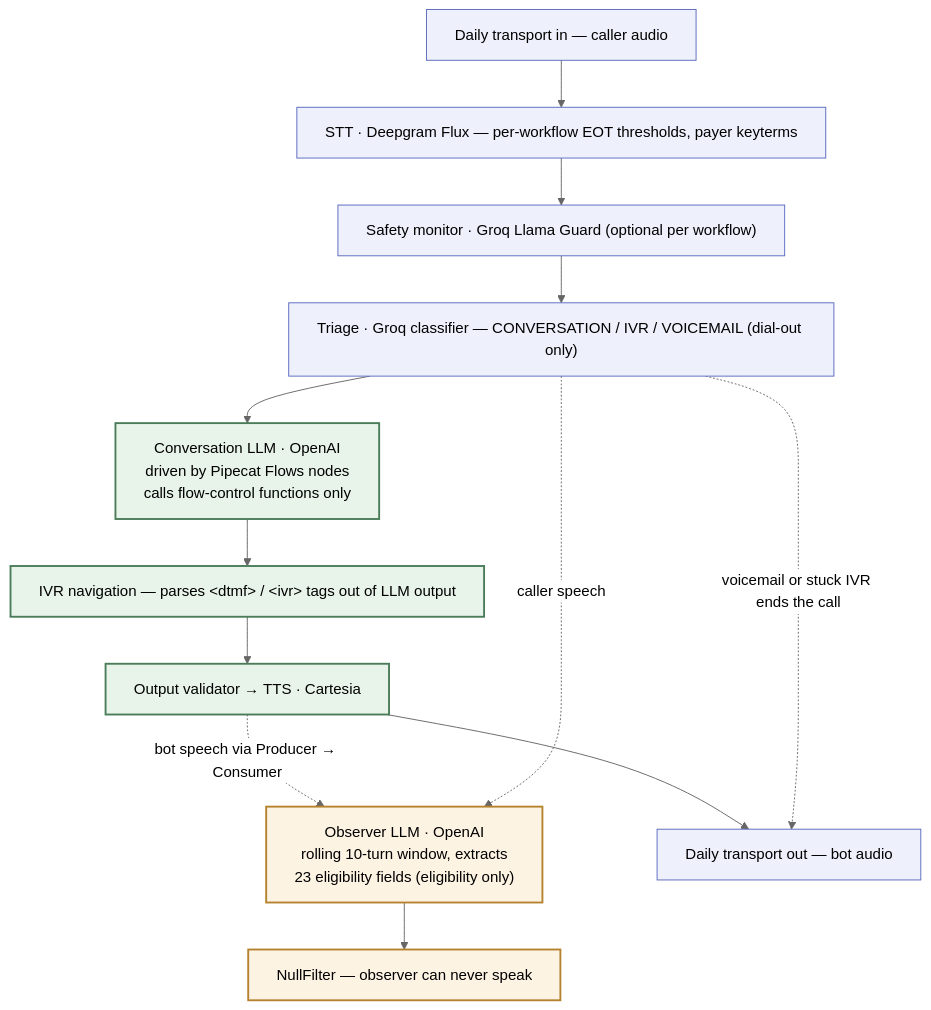
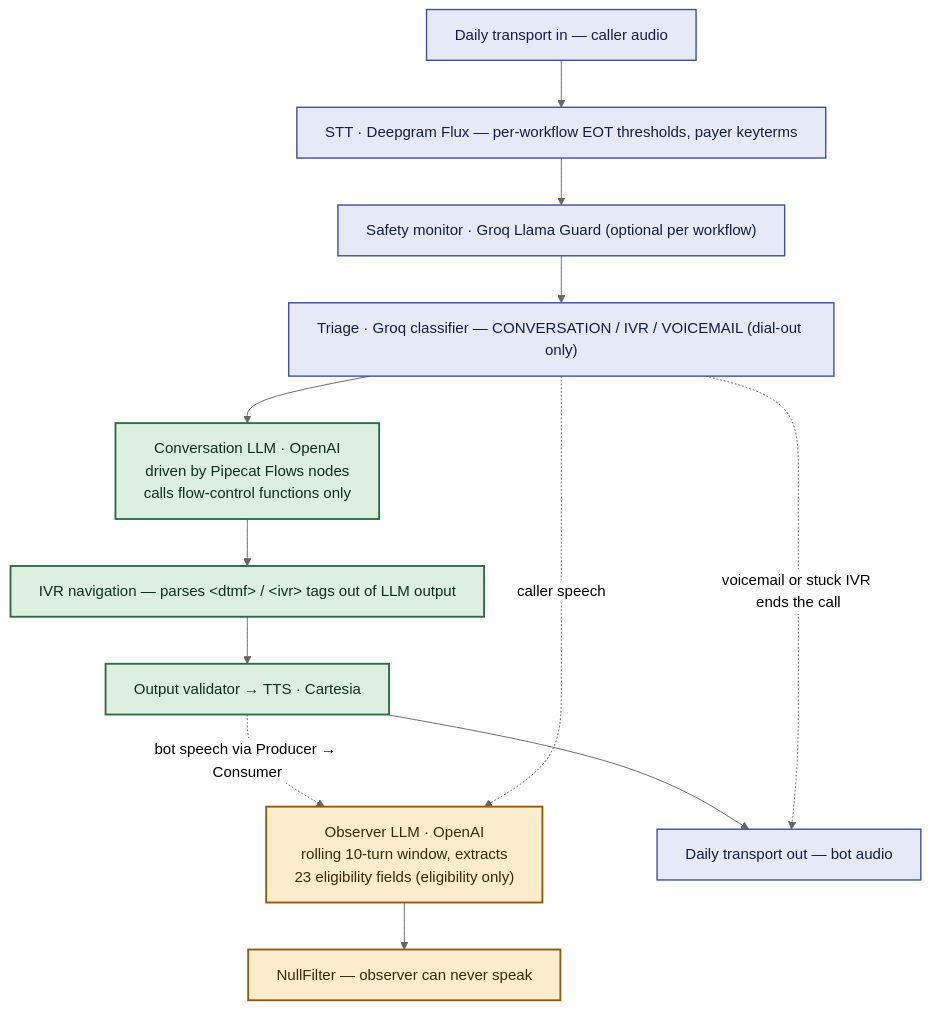
One commit to Adam-Behun/Optimalbot changed the second of 2 diagrams in README.md. Above: the diagram before and after it, drawn with Mermaid (neutral theme). The commit also changed other lines of this file, not shown here.

Commit message:
Fix unreadable diagram text in dark mode
The classDef rules set fill: but not color:, so GitHub's dark theme kept
Mermaid's light default text — pale text on pale fills. It showed up on
the one styled node in the first diagram and on most of the second,
which is why it looked inconsistent.

Pin an explicit dark color: in every classDef, and style all nodes in
both diagrams so they render identically in light and dark. Verified by
rendering both blocks straight out of the README under theme 'default'
and theme 'dark'; layout and sizes are unchanged.

Claude-Session: https://claude.ai/code/session_01YWUs7yXLcThrKVyn9zSuAH

````diff
--- a/README.md
+++ b/README.md
@@ -50,31 +52,31 @@
 ```mermaid
 %%{init: {'flowchart': {'wrappingWidth': 520}}}%%
 flowchart TB
     In["Daily transport in — caller audio"]
     STT["STT · Deepgram Flux — per-workflow EOT thresholds, payer keyterms"]
     Safety["Safety monitor · Groq Llama Guard (optional per workflow)"]
     Triage["Triage · Groq classifier — CONVERSATION / IVR / VOICEMAIL (dial-out only)"]
 
     LLM["Conversation LLM · OpenAI<br/>driven by Pipecat Flows nodes<br/>calls flow-control functions only"]
     IVRNav["IVR navigation — parses &lt;dtmf&gt; / &lt;ivr&gt; tags out of LLM output"]
     TTS["Output validator → TTS · Cartesia"]
 
     Obs["Observer LLM · OpenAI<br/>rolling 10-turn window, extracts<br/>23 eligibility fields (eligibility only)"]
     Null["NullFilter — observer can never speak"]
 
     Out["Daily transport out — bot audio"]
 
     In --> STT --> Safety --> Triage
     Triage --> LLM --> IVRNav --> TTS --> Out
     Triage -. "voicemail or stuck IVR ends the call" .-> Out
     TTS -. "bot speech via Producer → Consumer" .-> Obs
     Triage -. "caller speech" .-> Obs
     Obs --> Null
 
-    classDef conv fill:#e8f4ea,stroke:#4a7c59,stroke-width:2px
-    classDef observer fill:#fdf3e3,stroke:#b5822e,stroke-width:2px
-    classDef infra fill:#eef0fb,stroke:#5b6abf
+    classDef conv fill:#dcefe1,stroke:#2f6b47,stroke-width:2px,color:#10301f
+    classDef observer fill:#fbeccd,stroke:#8a5d12,stroke-width:2px,color:#3d2906
+    classDef infra fill:#e6eaf8,stroke:#41519e,stroke-width:1.5px,color:#151d45
     class LLM,IVRNav,TTS conv
     class Obs,Null observer
     class In,Out,STT,Safety,Triage infra
 ```
````
